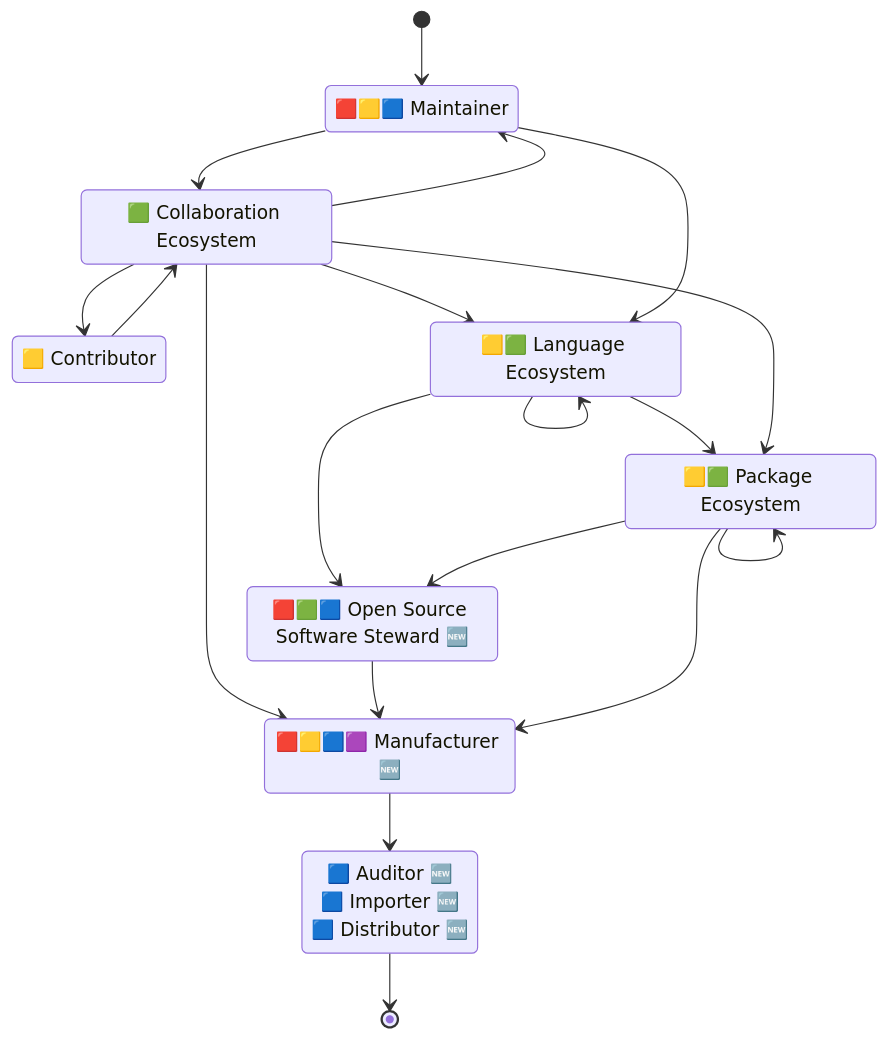
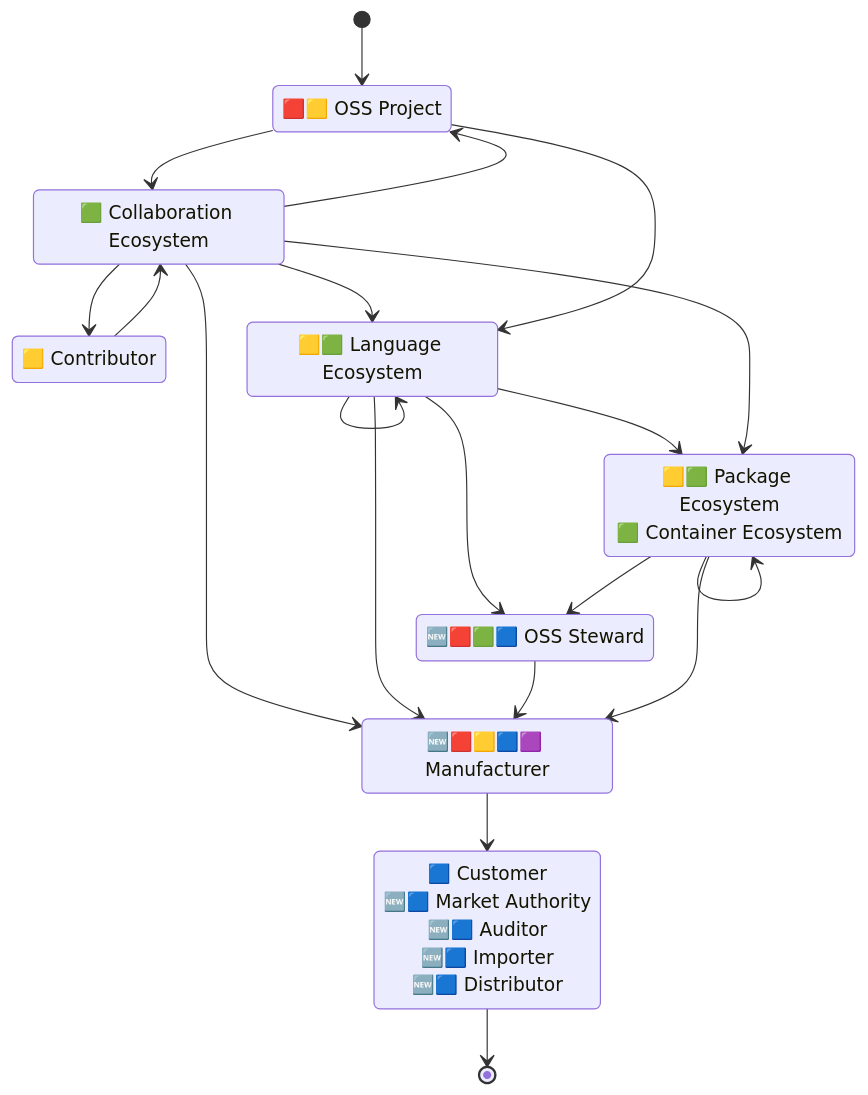
Before and after one commit to CPAN-Security/security.metacpan.org: the first of 2 diagrams in docs/eu-cra-summary.md, drawn with Mermaid. The commit also changed 1 other file, not shown here.

Commit message:
Sync up graphs, so they use similar terms

````diff
--- a/docs/eu-cra-summary.md
+++ b/docs/eu-cra-summary.md
@@ -364,35 +364,43 @@
 ```mermaid
 stateDiagram-v2
     direction TB
 
-    state "🟥🟨🟦 Maintainer" as environment_maintainer
+    state "🟥🟨 OSS Project" as environment_opensource
     state "🟨 Contributor" as environment_contributor
     state "🟩 Collaboration Ecosystem" as ecosystem_repo
     state "🟨🟩 Language Ecosystem" as ecosystem_lang
-    state "🟨🟩 Package Ecosystem" as ecosystem_package
-    state "🟥🟩🟦 Open Source Software Steward 🆕" as ecosystem_steward
-    state "🟥🟨🟦🟪 Manufacturer 🆕" as environment_manufacturer
-    state "🟦 Auditor 🆕<br>🟦 Importer 🆕<br>🟦 Distributor 🆕" as authority_auditor
+    state "🟨🟩 Package Ecosystem<br>🟩 Container Ecosystem" as ecosystem_package
+    %%state "🟨🟩 Package Ecosystem" as ecosystem_package
+    %%state "🟩 Container Ecosystem" as ecosystem_container
+    state "🆕🟥🟩🟦 OSS Steward" as ecosystem_steward
+    state "🆕🟥🟨🟦🟪 Manufacturer" as environment_manufacturer
+    state "🟦 Customer<br>🆕🟦 Market Authority<br>🆕🟦 Auditor<br>🆕🟦 Importer<br>🆕🟦 Distributor" as authority_auditor
 
-    [*]                      --> environment_maintainer
-    ecosystem_repo           --> environment_maintainer
-    ecosystem_repo           --> environment_contributor
+    [*]                      --> environment_opensource
+    ecosystem_repo           --> environment_opensource
     ecosystem_lang           --> ecosystem_package
     ecosystem_repo           --> ecosystem_package
     ecosystem_repo           --> ecosystem_lang
+    %%ecosystem_repo           --> ecosystem_container
     ecosystem_repo           --> environment_manufacturer
-    environment_maintainer   --> ecosystem_repo
-    environment_maintainer   --> ecosystem_lang
+    ecosystem_repo           --> environment_contributor
     environment_contributor  --> ecosystem_repo
-    ecosystem_package        --> ecosystem_package
+    environment_opensource   --> ecosystem_lang
+    environment_opensource   --> ecosystem_repo
+    %%ecosystem_package        --> ecosystem_container
+    %%ecosystem_lang           --> ecosystem_container
     ecosystem_lang           --> ecosystem_steward
+    ecosystem_lang           --> environment_manufacturer
+    ecosystem_steward        --> environment_manufacturer
     ecosystem_package        --> ecosystem_steward
-    ecosystem_steward        --> environment_manufacturer
+    %%ecosystem_container      --> ecosystem_steward
     environment_manufacturer --> authority_auditor
+    %%ecosystem_container      --> environment_manufacturer
     ecosystem_package        --> environment_manufacturer
     ecosystem_lang           --> ecosystem_lang
+    ecosystem_package        --> ecosystem_package
     authority_auditor        --> [*]
 
-    %% Copyright © 2024 Salve J. Nilsen <sjn@oslo.pm>
+    %% Copyright © 2025 Salve J. Nilsen <sjn@oslo.pm>
     %% Some rights reserved. Licensed CC-BY-SA-4.0
 ```
````
